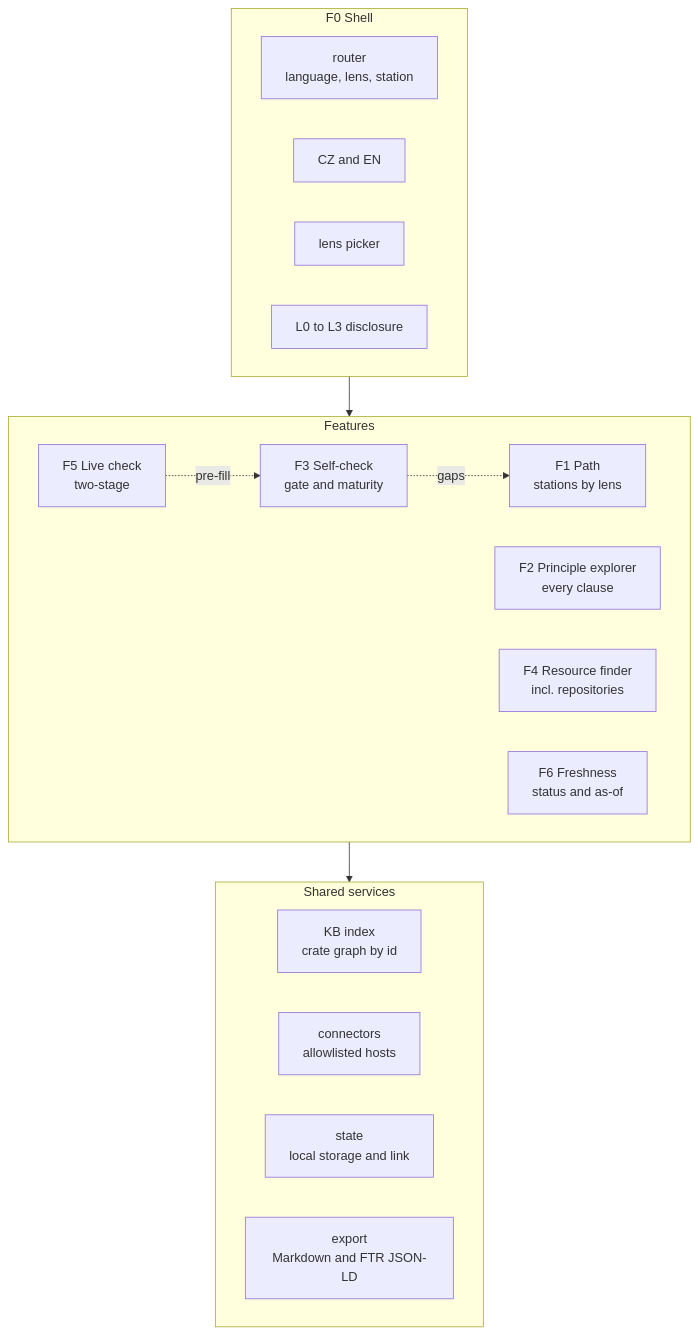
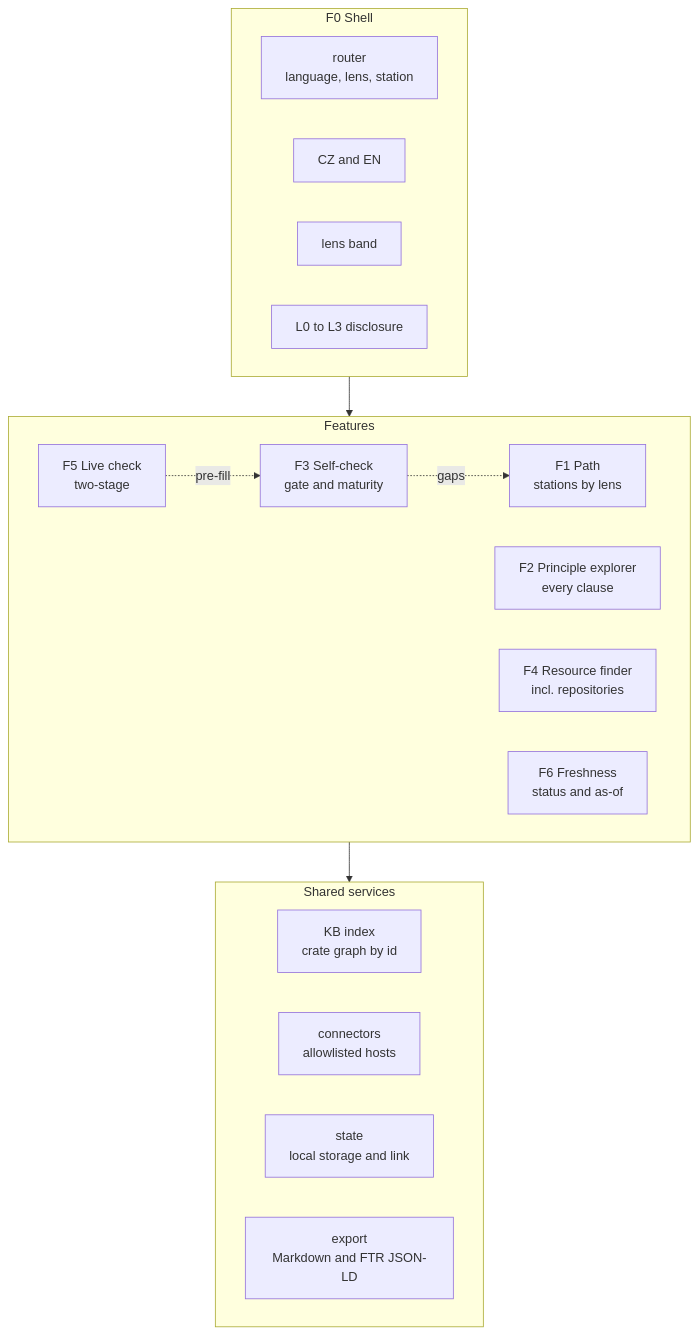
Before and after one commit to dsw-nrp/eosc-fair-guide: the fifth of 8 diagrams in docs/design.md, drawn with Mermaid. The commit also changed other lines of this file and 7 other files, not shown here.

First line of the commit message:
feat: lens band under the main menu

````diff
--- a/docs/design.md
+++ b/docs/design.md
@@ -216,32 +215,32 @@
 ```mermaid
 flowchart TB
   accTitle: Runtime structure of the page
   accDescr: A shell hosts six features that share four services. Self-check gaps link back to path stations, and the live check pre-fills the self-check.
   subgraph SHELL["F0 Shell"]
     direction LR
     ROUTER["router<br/>language, lens, station"]
     I18N["CZ and EN"]
-    LENSSEL["lens picker"]
+    LENSSEL["lens band"]
     DISC["L0 to L3 disclosure"]
   end
   subgraph FEAT[Features]
     direction LR
     F1["F1 Path<br/>stations by lens"]
     F2["F2 Principle explorer<br/>every clause"]
     F3["F3 Self-check<br/>gate and maturity"]
     F4["F4 Resource finder<br/>incl. repositories"]
     F5["F5 Live check<br/>two-stage"]
     F6["F6 Freshness<br/>status and as-of"]
   end
   subgraph SVC[Shared services]
     direction LR
     KB["KB index<br/>crate graph by id"]
     CONN["connectors<br/>allowlisted hosts"]
     STATE["state<br/>local storage and link"]
     EXP["export<br/>Markdown and FTR JSON-LD"]
   end
   SHELL --> FEAT
   FEAT --> SVC
   F3 -. gaps .-> F1
   F5 -. pre-fill .-> F3
 ```
````
